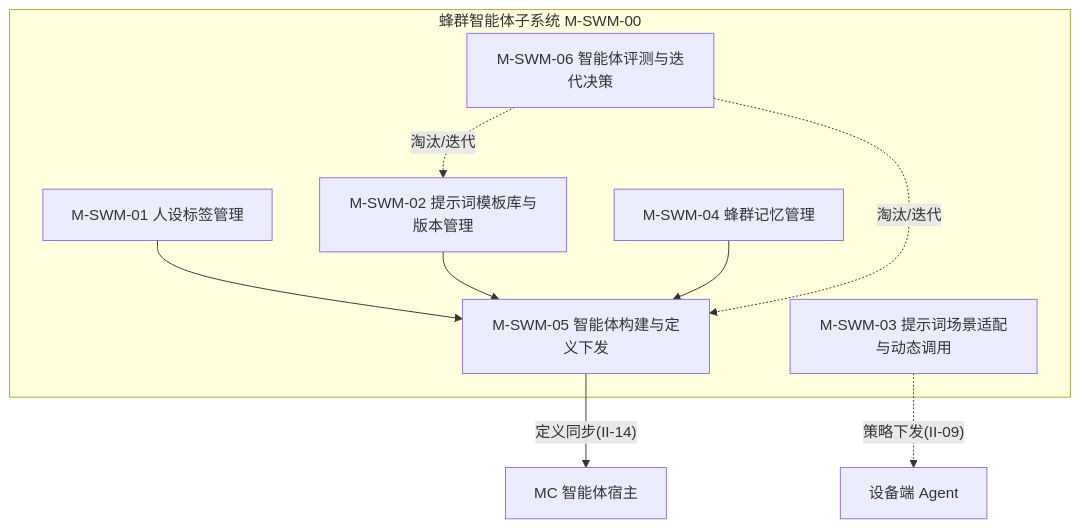
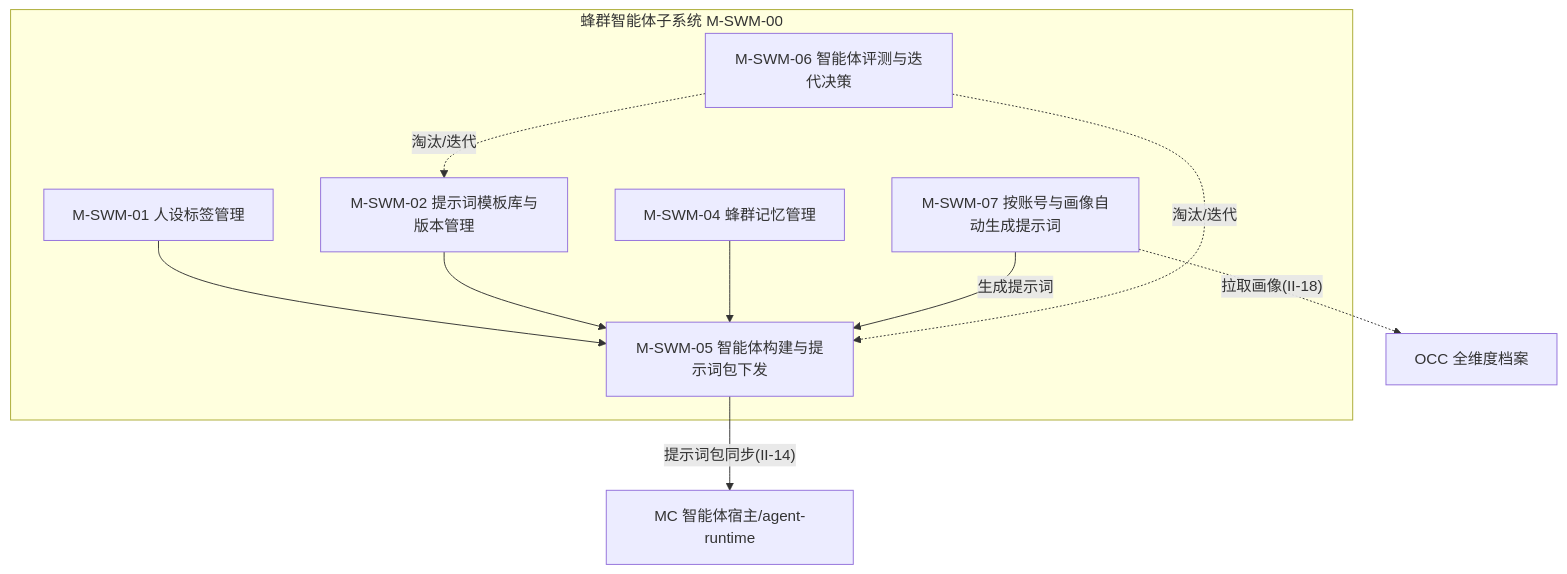
Diagram 13 of 14 in 公司项目/认知作战/文档/软件概要设计说明.md (Sj-g/obsidian), drawn with Mermaid before and after one commit. The commit also changed other lines of this file and 3 other files, not shown here.

````diff
--- a/公司项目/认知作战/文档/软件概要设计说明.md
+++ b/公司项目/认知作战/文档/软件概要设计说明.md
@@ -526,15 +527,16 @@
 ```mermaid
 flowchart TB
     subgraph SWM["蜂群智能体子系统 M-SWM-00"]
         SWM1["M-SWM-01 人设标签管理"]
         SWM2["M-SWM-02 提示词模板库与版本管理"]
-        SWM3["M-SWM-03 提示词场景适配与动态调用"]
         SWM4["M-SWM-04 蜂群记忆管理"]
-        SWM5["M-SWM-05 智能体构建与定义下发"]
+        SWM5["M-SWM-05 智能体构建与提示词包下发"]
         SWM6["M-SWM-06 智能体评测与迭代决策"]
+        SWM7["M-SWM-07 按账号与画像自动生成提示词"]
         SWM1 & SWM2 & SWM4 --> SWM5
+        SWM7 -->|"生成提示词"| SWM5
         SWM6 -.->|"淘汰/迭代"| SWM2 & SWM5
     end
-    SWM5 -->|"定义同步(II-14)"| MC14["MC 智能体宿主"]
-    SWM3 -.->|"策略下发(II-09)"| AGENT["设备端 Agent"]
+    SWM5 -->|"提示词包同步(II-14)"| MC14["MC 智能体宿主/agent-runtime"]
+    SWM7 -.->|"拉取画像(II-18)"| OCC["OCC 全维度档案"]
 ```
````
